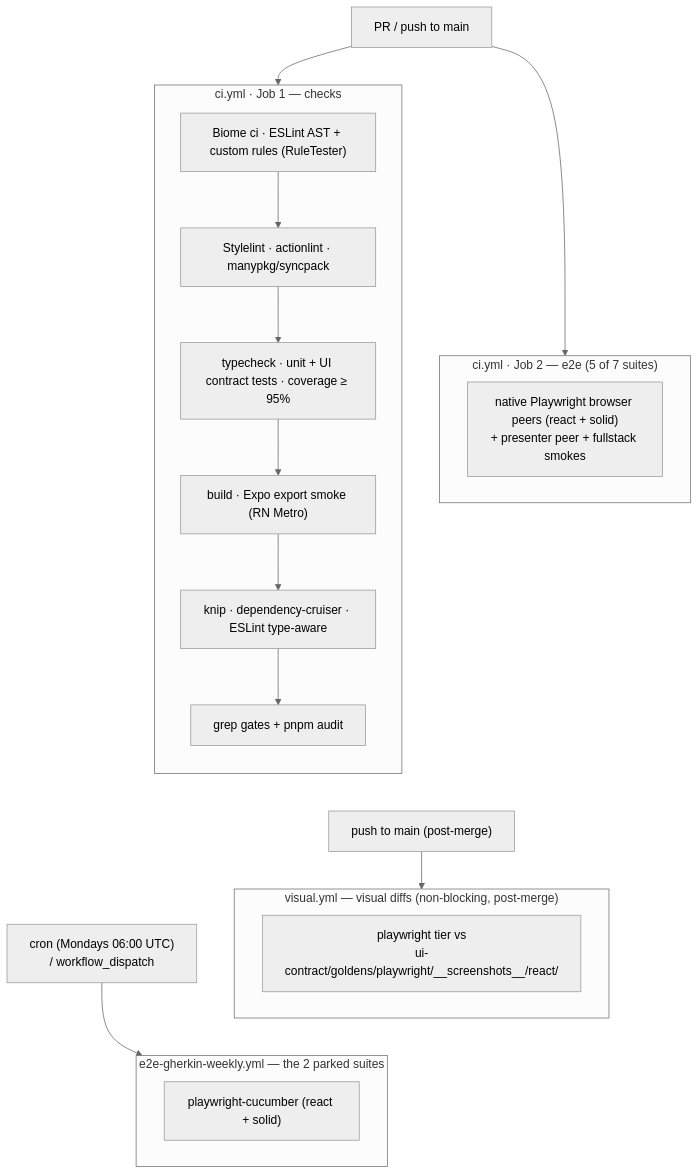
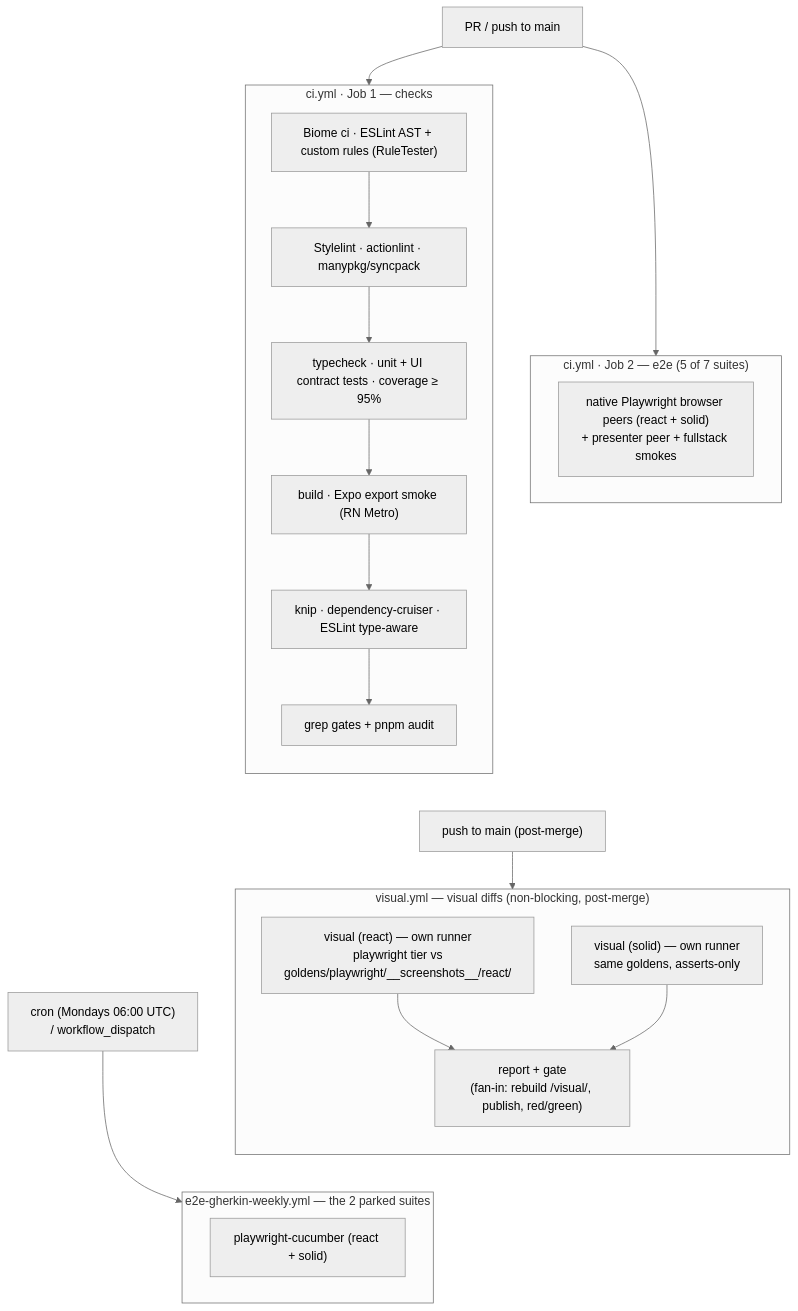
The diagram in docs/architecture/09-test-strategy.md (bettersoftware-io/ReactiveTraderCloudClone), drawn with Mermaid (neutral theme) before and after one commit. The commit also changed other lines of this file, not shown here.

First line of the commit message:
docs(test-strategy): sync visual-job topology + measured timing to the matrix

````diff
--- a/docs/architecture/09-test-strategy.md
+++ b/docs/architecture/09-test-strategy.md
@@ -193,31 +196,36 @@
 ```mermaid
 flowchart TD
     trigger["PR / push to main"]
     trigger --> checks
     trigger --> e2e
     subgraph checks["ci.yml · Job 1 — checks"]
         direction TB
         c1["Biome ci · ESLint AST + custom rules (RuleTester)"]
         c1 --> c3["Stylelint · actionlint · manypkg/syncpack"]
         c3 --> c4["typecheck · unit + UI contract tests · coverage ≥ 95%"]
         c4 --> c6["build · Expo export smoke (RN Metro)"]
         c6 --> c7["knip · dependency-cruiser · ESLint type-aware"]
         c7 --> c8["grep gates + pnpm audit"]
     end
     subgraph e2e["ci.yml · Job 2 — e2e (5 of 7 suites)"]
         e1["native Playwright browser peers (react + solid)<br/>+ presenter peer + fullstack smokes"]
     end
     checks ~~~ postmerge
     e2e ~~~ postmerge
     postmerge["push to main (post-merge)"]
     postmerge --> visual
     subgraph visual["visual.yml — visual diffs (non-blocking, post-merge)"]
-        v1["playwright tier vs<br/>ui-contract/goldens/playwright/__screenshots__/react/"]
+        direction TB
+        v1a["visual (react) — own runner<br/>playwright tier vs<br/>goldens/playwright/__screenshots__/react/"]
+        v1b["visual (solid) — own runner<br/>same goldens, asserts-only"]
+        v2["report + gate<br/>(fan-in: rebuild /visual/, publish, red/green)"]
+        v1a --> v2
+        v1b --> v2
     end
     cron["cron (Mondays 06:00 UTC)<br/>/ workflow_dispatch"]
     cron --> weekly
     subgraph weekly["e2e-gherkin-weekly.yml — the 2 parked suites"]
         w1["playwright-cucumber (react + solid)"]
     end
     visual ~~~ weekly
 ```
````
